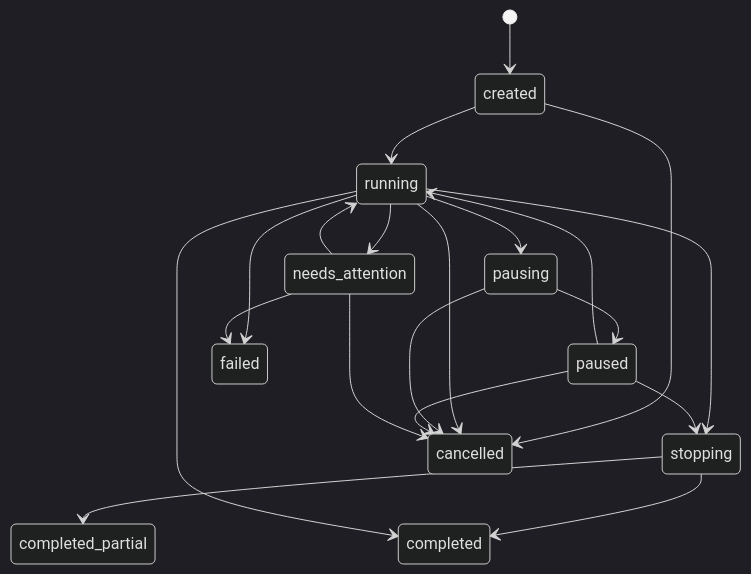
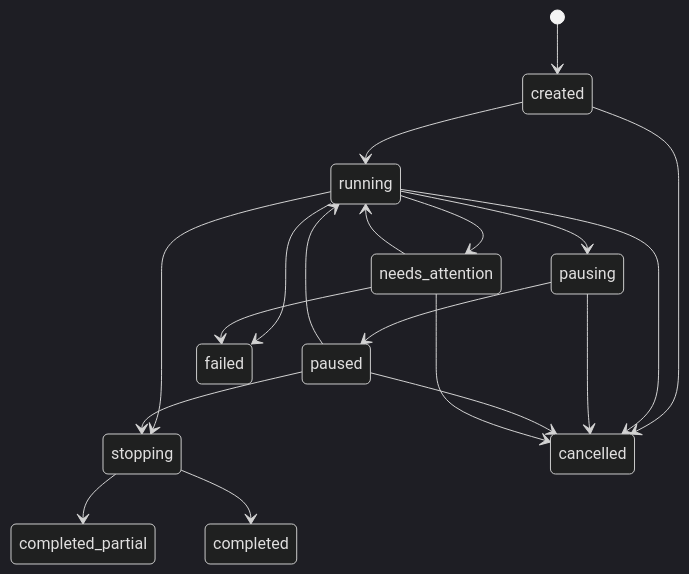
One commit to syrsteven/co-scientist changed the second of 5 diagrams in docs/superpowers/specs/2026-07-30-co-scientist-replica-design.md. Above: the diagram before and after it, drawn with Mermaid (dark theme). The commit also changed other lines of this file, not shown here.

````diff
--- a/docs/superpowers/specs/2026-07-30-co-scientist-replica-design.md
+++ b/docs/superpowers/specs/2026-07-30-co-scientist-replica-design.md
@@ -765,22 +880,21 @@
 ```mermaid
 stateDiagram-v2
     [*] --> created
     created --> running
     running --> pausing
     pausing --> paused
     paused --> running
     running --> needs_attention
     needs_attention --> running
     running --> stopping
     paused --> stopping
     stopping --> completed_partial
     stopping --> completed
-    running --> completed
     running --> failed
     needs_attention --> failed
     created --> cancelled
     running --> cancelled
     pausing --> cancelled
     paused --> cancelled
     needs_attention --> cancelled
 ```
````
